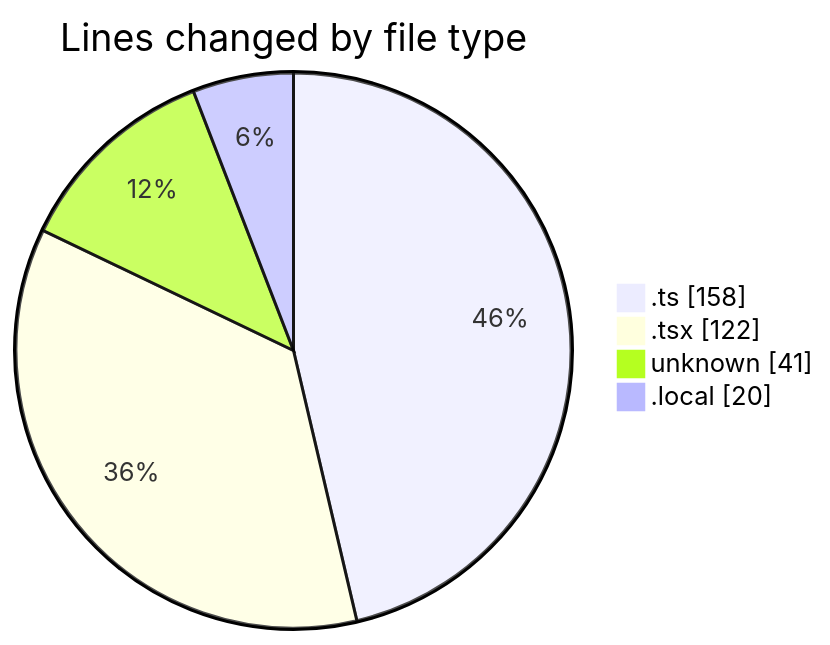
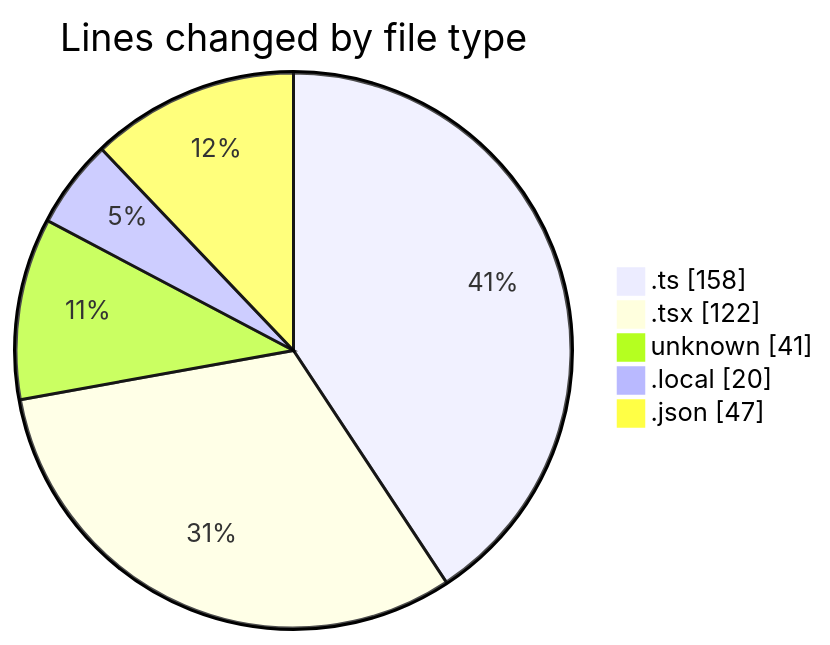
The first of 2 diagrams in 2026-02-26/car_database/README.md (momahboobian/code-tracking), drawn with Mermaid before and after one commit. The commit also changed other lines of this file and 1 other file, not shown here.

````diff
--- a/2026-02-26/car_database/README.md
+++ b/2026-02-26/car_database/README.md
@@ -25,8 +26,9 @@
 ```mermaid
 pie showData
 title Lines changed by file type
 ".ts" : 158
 ".tsx" : 122
 "unknown" : 41
 ".local" : 20
+".json" : 47
 ```
````
